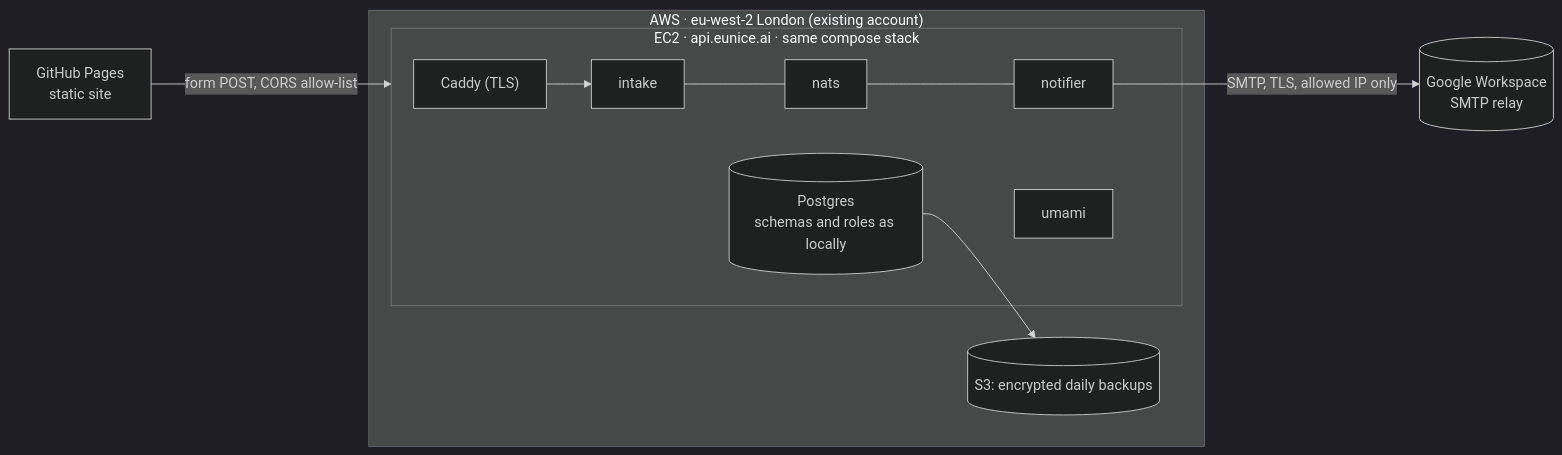
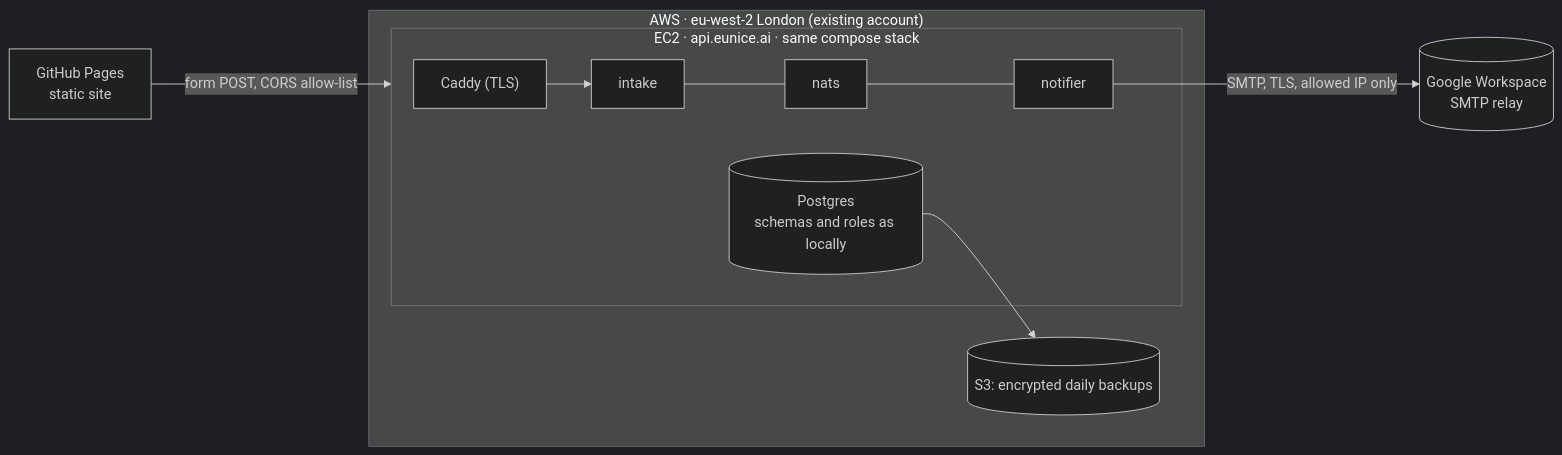
One commit to angritsay/eunice-site changed the fourth of 4 diagrams in docs/architecture/overview.md. Above: the diagram before and after it, drawn with Mermaid (dark theme). The commit also changed other lines of this file and 35 other files, not shown here.

````diff
--- a/docs/architecture/overview.md
+++ b/docs/architecture/overview.md
@@ -133,15 +131,14 @@
 ```mermaid
 flowchart LR
   pages["GitHub Pages<br/>static site"] -- "form POST, CORS allow-list" --> ec2
   subgraph aws["AWS · eu-west-2 London (existing account)"]
     subgraph ec2["EC2 · api.eunice.ai · same compose stack"]
       caddy["Caddy (TLS)"] --> fi["intake"]
       fi --- fn["nats"] --- fno["notifier"]
-      fu["umami"]
       pg[("Postgres<br/>schemas and roles as locally")]
     end
     s3[("S3: encrypted daily backups")]
   end
   pg --> s3
   fno -- "SMTP, TLS, allowed IP only" --> gw[("Google Workspace<br/>SMTP relay")]
 ```
````
